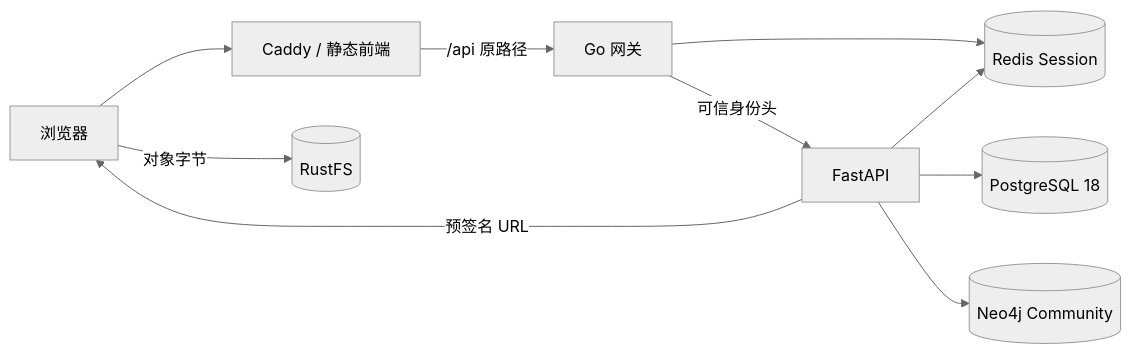
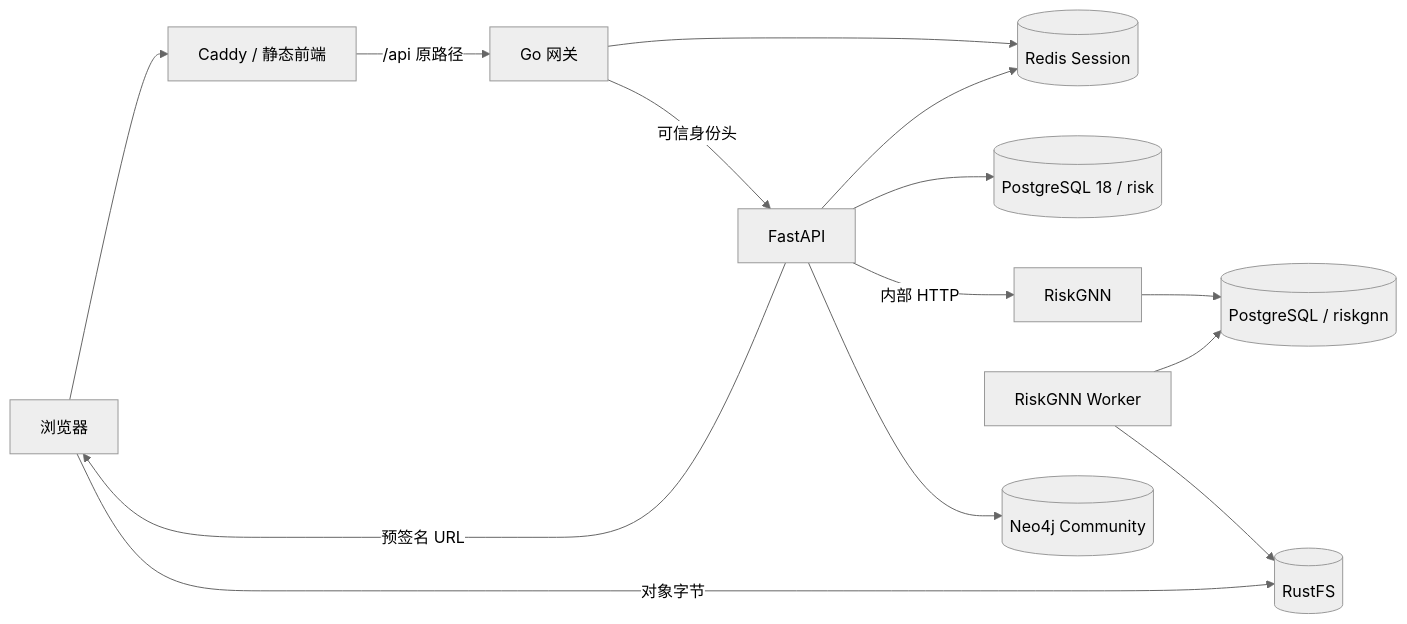
Before and after one commit to ilydouble/risk: the diagram in docs/architecture/README.md, drawn with Mermaid (neutral theme). The commit also changed other lines of this file and 21 other files, not shown here.

````diff
--- a/docs/architecture/README.md
+++ b/docs/architecture/README.md
@@ -5,12 +5,16 @@
 ```mermaid
 flowchart LR
   Browser[浏览器] --> Caddy[Caddy / 静态前端]
   Caddy -->|/api 原路径| Gateway[Go 网关]
   Gateway -->|可信身份头| API[FastAPI]
   Gateway --> Redis[(Redis Session)]
   API --> Redis
-  API --> PG[(PostgreSQL 18)]
+  API --> PG[(PostgreSQL 18 / risk)]
+  API -->|内部 HTTP| Model[RiskGNN]
+  Model --> ModelDB[(PostgreSQL / riskgnn)]
+  Worker[RiskGNN Worker] --> ModelDB
+  Worker --> RustFS
   API --> Neo4j[(Neo4j Community)]
   API -->|预签名 URL| Browser
   Browser -->|对象字节| RustFS[(RustFS)]
 ```
````
